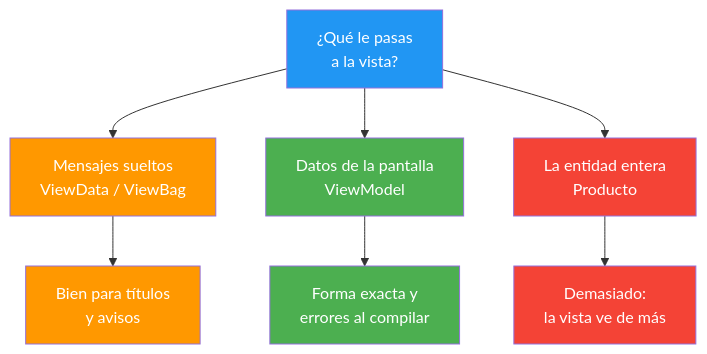
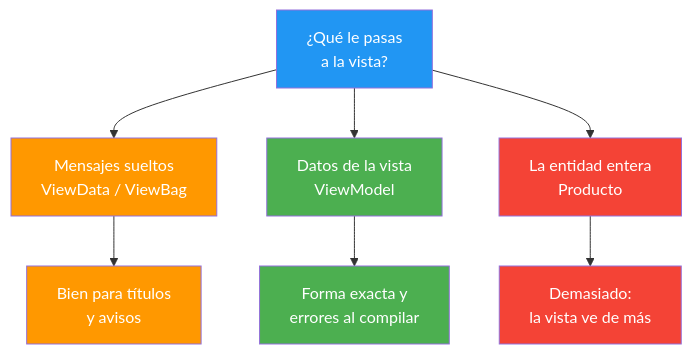
One commit to joseluisgs/DesarrolloWebEntornosServidor-03-2026-2027 changed the second of 4 diagrams in 09-mvc-vistas-viewmodels.md. Above: the diagram before and after it, drawn with Mermaid. The commit also changed other lines of this file and 11 other files, not shown here.

Commit message:
fix: sustituir pantalla por vista en toda la unidad segun la nomenclatura del curso

````diff
--- a/09-mvc-vistas-viewmodels.md
+++ b/09-mvc-vistas-viewmodels.md
@@ -259,16 +259,16 @@
 ```mermaid
 graph TD
     Q["¿Qué le pasas<br/>a la vista?"] --> A["Mensajes sueltos<br/>ViewData / ViewBag"]
-    Q --> B["Datos de la pantalla<br/>ViewModel"]
+    Q --> B["Datos de la vista<br/>ViewModel"]
     Q --> C["La entidad entera<br/>Producto"]
     A --> D["Bien para títulos<br/>y avisos"]
     B --> E["Forma exacta y<br/>errores al compilar"]
     C --> F["Demasiado:<br/>la vista ve de más"]
     style Q fill:#2196F3,color:#fff
     style A fill:#FF9800,color:#fff
     style B fill:#4CAF50,color:#fff
     style C fill:#f44336,color:#fff
     style D fill:#FF9800,color:#fff
     style E fill:#4CAF50,color:#fff
     style F fill:#f44336,color:#fff
 ```
````
